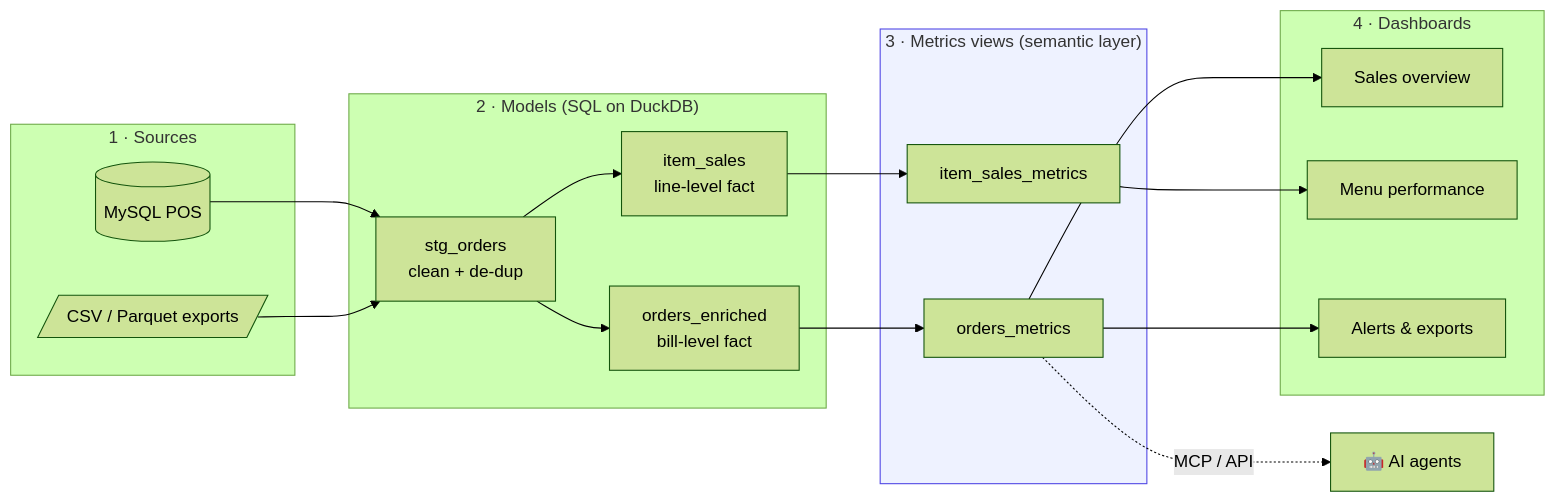
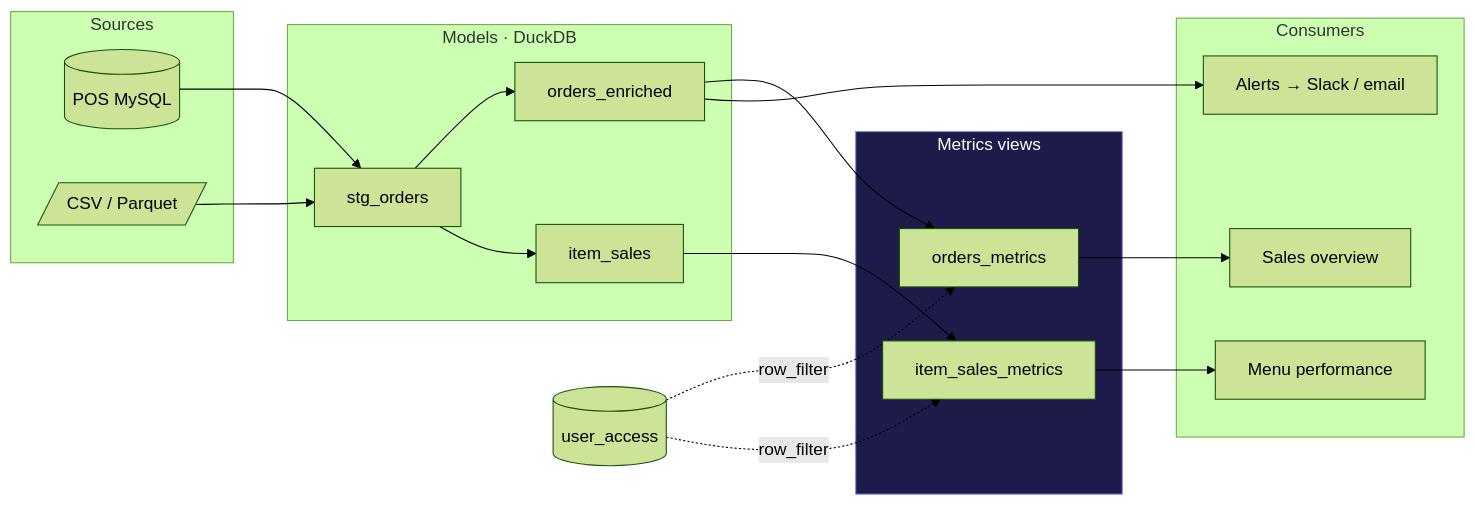
Before and after one commit to suyogpatil395/rill-client-analytics-platform: the diagram in README.md, drawn with Mermaid (forest theme). The commit also changed other lines of this file and 16 other files, not shown here.

First line of the commit message:
Animated explore GIF, flow diagrams, mapping-based RLS, alerts, expanded README

````diff
--- a/README.md
+++ b/README.md
@@ -76,29 +70,28 @@
 ```mermaid
 flowchart LR
-    subgraph S["1 · Sources"]
-        A1[(MySQL POS)]
-        A2[/CSV / Parquet exports/]
+    subgraph S["Sources"]
+        A1[(POS MySQL)]
+        A2[/CSV / Parquet/]
     end
-    subgraph M["2 · Models (SQL on DuckDB)"]
-        B1[stg_orders<br/>clean + de-dup]
-        B2[orders_enriched<br/>bill-level fact]
-        B3[item_sales<br/>line-level fact]
+    subgraph M["Models · DuckDB"]
+        B1[stg_orders]
+        B2[orders_enriched]
+        B3[item_sales]
     end
-    subgraph MV["3 · Metrics views (semantic layer)"]
+    subgraph MV["Metrics views"]
         C1[orders_metrics]
         C2[item_sales_metrics]
     end
-    subgraph D["4 · Dashboards"]
+    subgraph D["Consumers"]
         D1[Sales overview]
         D2[Menu performance]
-        D3[Alerts & exports]
+        D3[Alerts → Slack / email]
     end
     A1 --> B1
     A2 --> B1
     B1 --> B2 --> C1 --> D1
     B1 --> B3 --> C2 --> D2
-    C1 --> D3
-    C1 -. MCP / API .-> E[🤖 AI agents]
-
-    style MV fill:#eef2ff,stroke:#4f46e5
+    B2 --> D3
+    U[(user_access)] -. row_filter .-> C1 & C2
+    style MV fill:#1e1b4b,stroke:#818cf8,color:#fff
 ```
````
